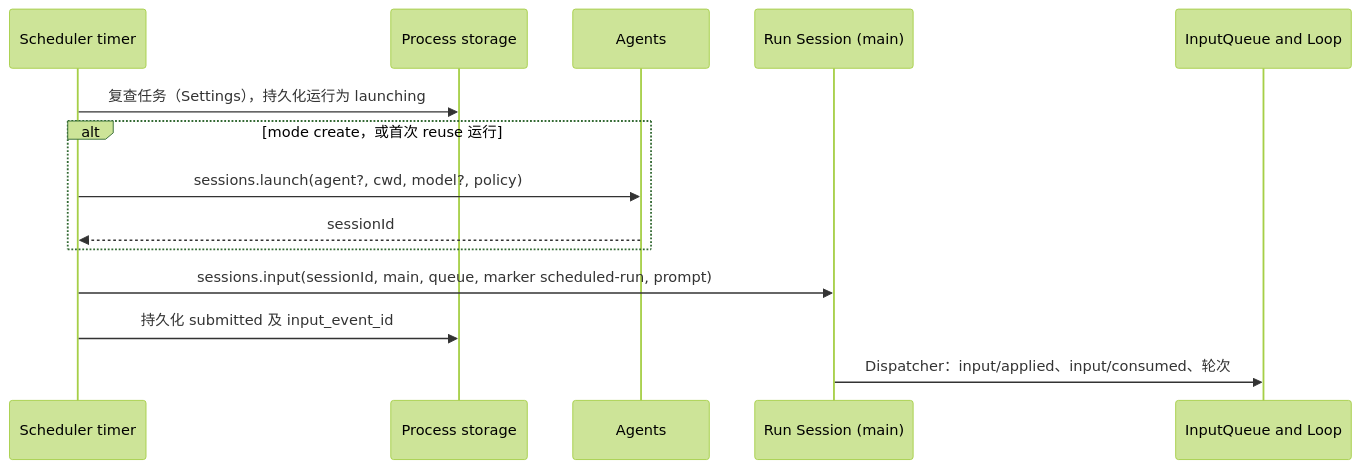
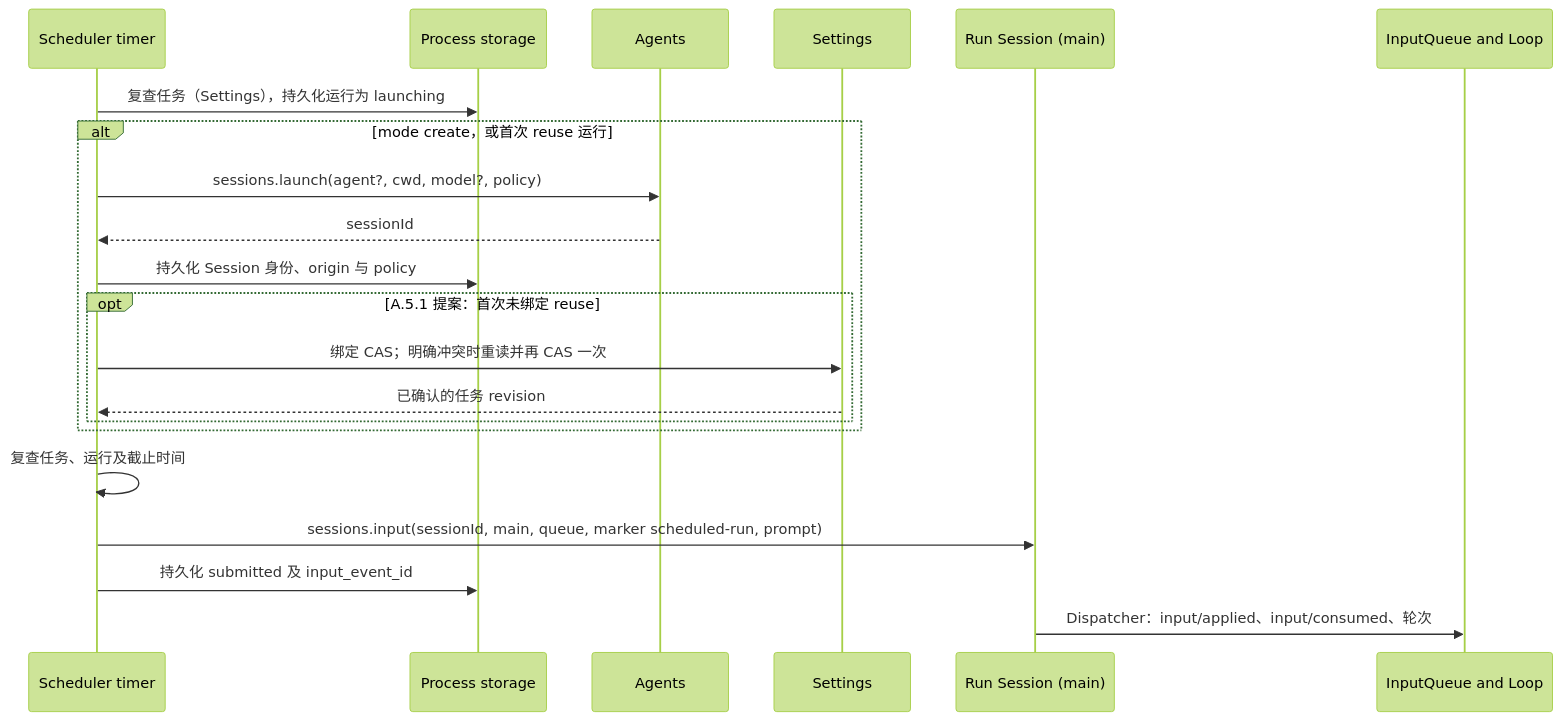
The third of 6 diagrams in docs/zh/design/plugins/Scheduler.md (CoutinhoTTS/dim-agent), drawn with Mermaid (forest theme) before and after one commit. The commit also changed other lines of this file and 1 other file, not shown here.

````diff
--- a/docs/zh/design/plugins/Scheduler.md
+++ b/docs/zh/design/plugins/Scheduler.md
@@ -170,16 +170,23 @@
 ```mermaid
 sequenceDiagram
   participant T as Scheduler timer
   participant ST as Process storage
   participant AG as Agents
+  participant SET as Settings
   participant S as Run Session (main)
   participant IQ as InputQueue and Loop
   T->>ST: 复查任务（Settings），持久化运行为 launching
   alt mode create，或首次 reuse 运行
     T->>AG: sessions.launch(agent?, cwd, model?, policy)
     AG-->>T: sessionId
+    T->>ST: 持久化 Session 身份、origin 与 policy
+    opt A.5.1 提案：首次未绑定 reuse
+      T->>SET: 绑定 CAS；明确冲突时重读并再 CAS 一次
+      SET-->>T: 已确认的任务 revision
+    end
   end
+  T->>T: 复查任务、运行及截止时间
   T->>S: sessions.input(sessionId, main, queue, marker scheduled-run, prompt)
   T->>ST: 持久化 submitted 及 input_event_id
   S->>IQ: Dispatcher：input/applied、input/consumed、轮次
 ```
````
